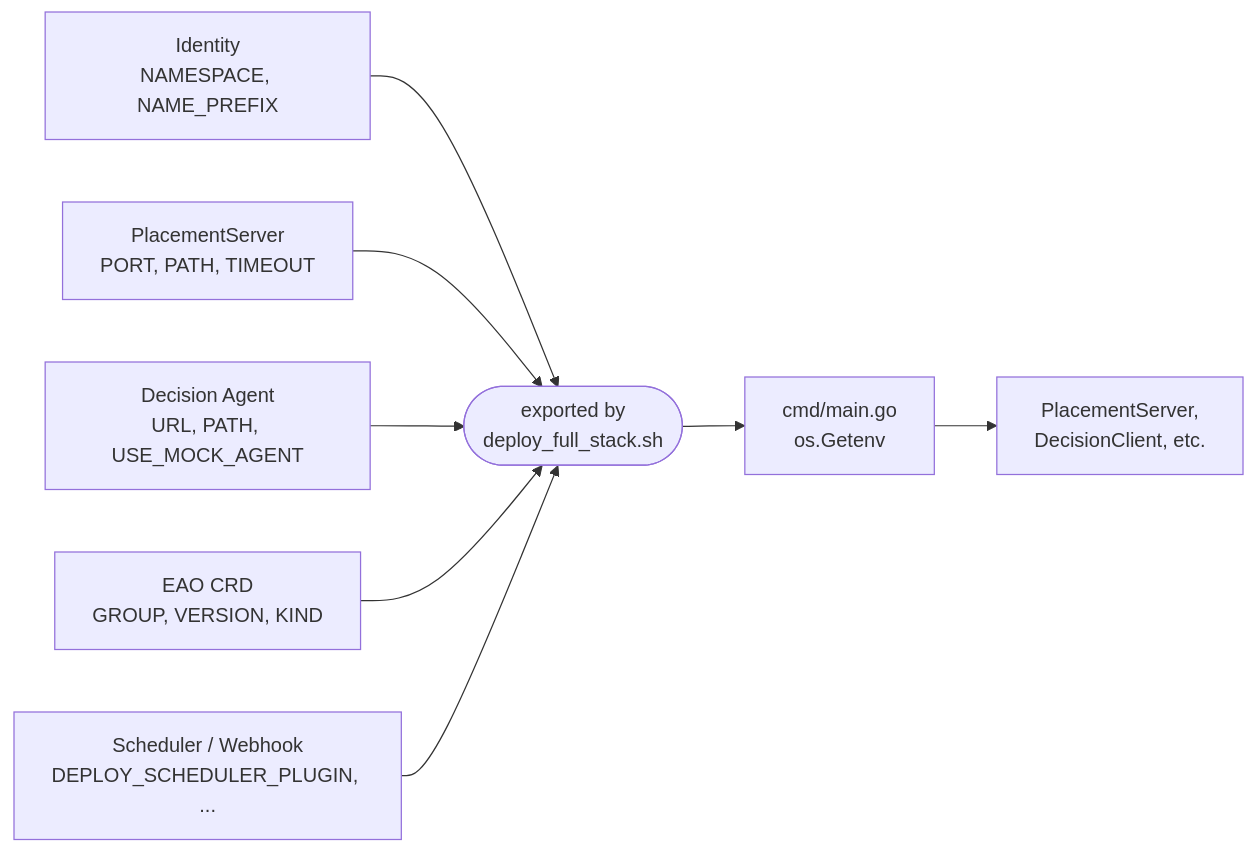
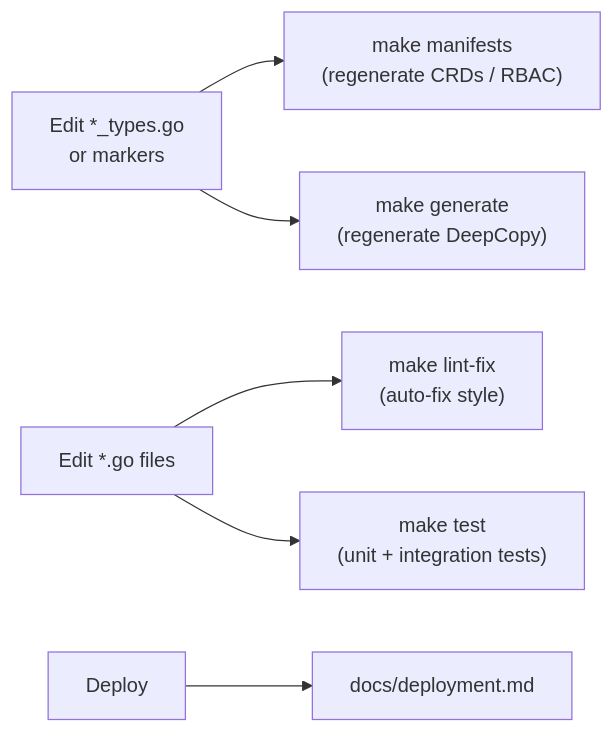
Before and after one commit to HIRO-MicroDataCenters-BV/hiro-adaptive-orchestrator: the fourth of 6 diagrams in README.md, drawn with Mermaid. The commit also changed other lines of this file and 9 other files, not shown here.

````diff
--- a/README.md
+++ b/README.md
@@ -744,10 +176,10 @@
 ```mermaid
 flowchart LR
-    Identity["Identity<br/>NAMESPACE, NAME_PREFIX"] --> All
-    Placement2["PlacementServer<br/>PORT, PATH, TIMEOUT"] --> All
-    Agent2["Decision Agent<br/>URL, PATH, USE_MOCK_AGENT"] --> All
-    EAOv["EAO CRD<br/>GROUP, VERSION, KIND"] --> All
-    Sched4["Scheduler / Webhook<br/>DEPLOY_SCHEDULER_PLUGIN, ..."] --> All
-    All(["exported by<br/>deploy_full_stack.sh"]) --> Ops["cmd/main.go<br/>os.Getenv"]
-    Ops --> Constructed["PlacementServer,<br/>DecisionClient, etc."]
+    T1["Edit *_types.go<br/>or markers"] --> T1a["make manifests<br/>(regenerate CRDs / RBAC)"]
+    T1 --> T1b["make generate<br/>(regenerate DeepCopy)"]
+
+    T2["Edit *.go files"] --> T2a["make lint-fix<br/>(auto-fix style)"]
+    T2 --> T2b["make test<br/>(unit + integration tests)"]
+
+    T3["Deploy"] --> T3a["docs/deployment.md"]
 ```
````
